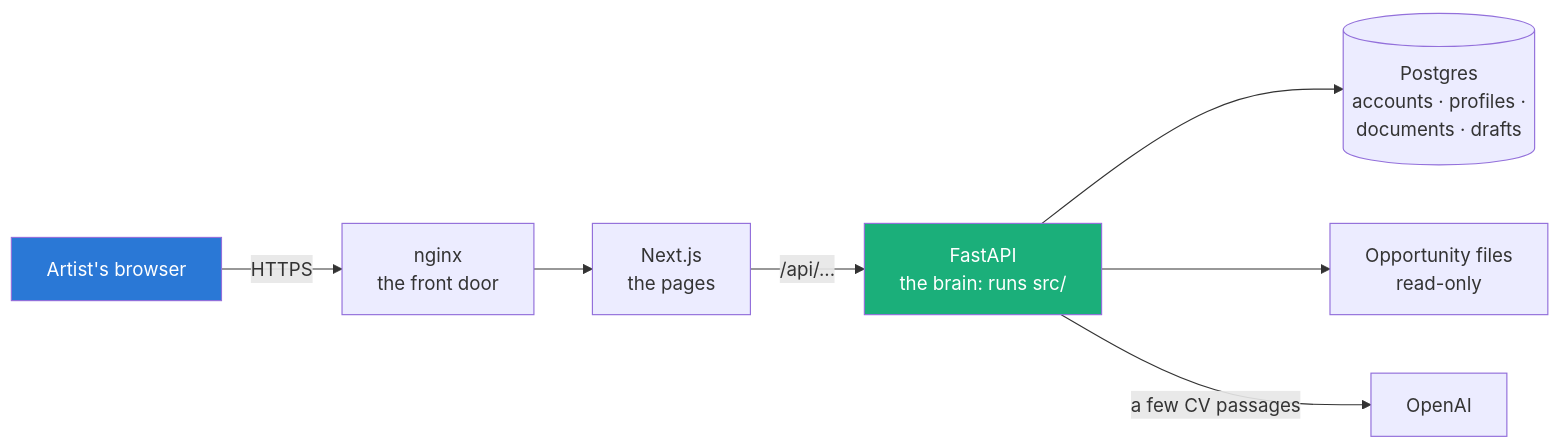
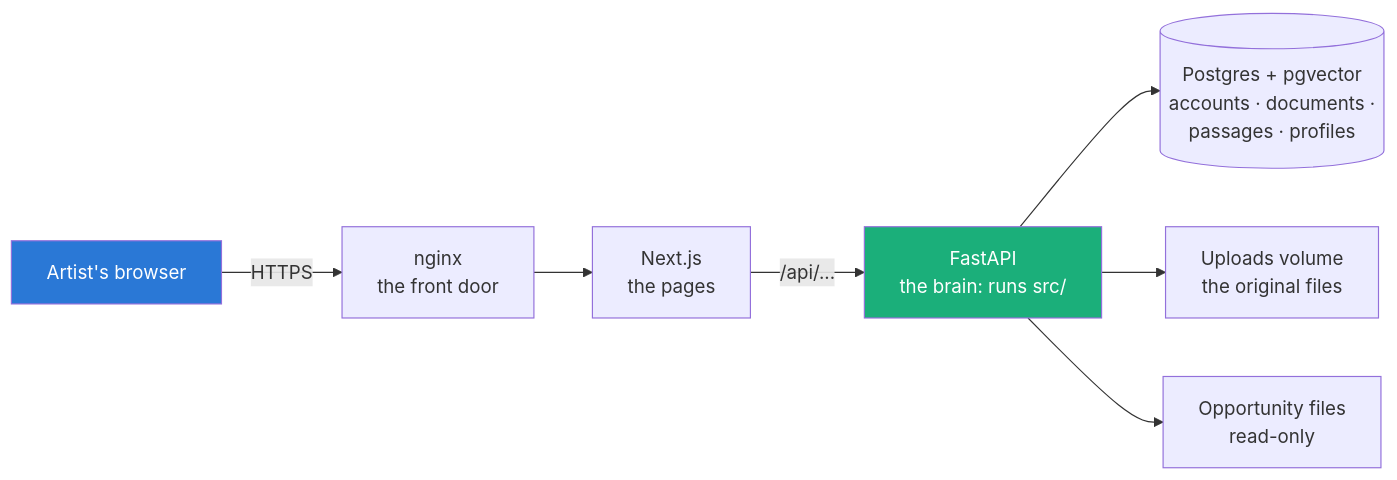
Before and after one commit to Lucaisok/open_art: the fifth of 8 diagrams in flows.md, drawn with Mermaid. The commit also changed other lines of this file and 45 other files, not shown here.

````diff
--- a/flows.md
+++ b/flows.md
@@ -505,12 +524,12 @@
 ```mermaid
 flowchart LR
     B["Artist's browser"] -- "HTTPS" --> N["nginx\nthe front door"]
     N --> W["Next.js\nthe pages"]
     W -- "/api/..." --> A["FastAPI\nthe brain: runs src/"]
-    A --> P[("Postgres\naccounts · profiles ·\ndocuments · drafts")]
+    A --> P[("Postgres + pgvector\naccounts · documents ·\npassages · profiles")]
+    A --> U["Uploads volume\nthe original files"]
     A --> F["Opportunity files\nread-only"]
-    A -- "a few CV passages" --> O["OpenAI"]
 
     style B fill:#2a78d6,color:#fff
     style A fill:#1baf7a,color:#fff
 ```
````
